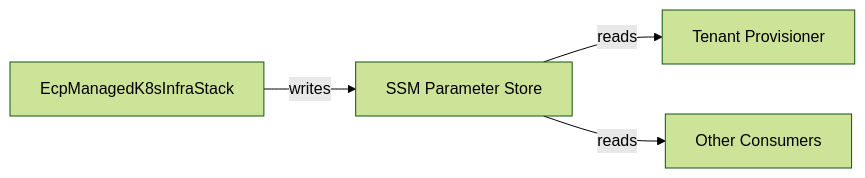
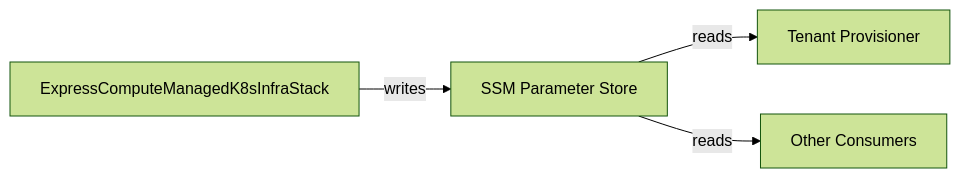
One commit to codriverlabs/express-compute-managed-k8s-infra changed the diagram in .agents/summary/interfaces.md. Above: the diagram before and after it, drawn with Mermaid (forest theme). The commit also changed other lines of this file and 14 other files, not shown here.

Commit message:
Rename EcpManagedK8sInfraStack to ExpressComputeManagedK8sInfraStack

````diff
--- a/.agents/summary/interfaces.md
+++ b/.agents/summary/interfaces.md
@@ -32,6 +32,6 @@
 ```mermaid
 graph LR
-    STACK["EcpManagedK8sInfraStack"] -->|writes| SSM["SSM Parameter Store"]
+    STACK["ExpressComputeManagedK8sInfraStack"] -->|writes| SSM["SSM Parameter Store"]
     SSM -->|reads| TENANT["Tenant Provisioner"]
     SSM -->|reads| OTHER["Other Consumers"]
 ```
````
